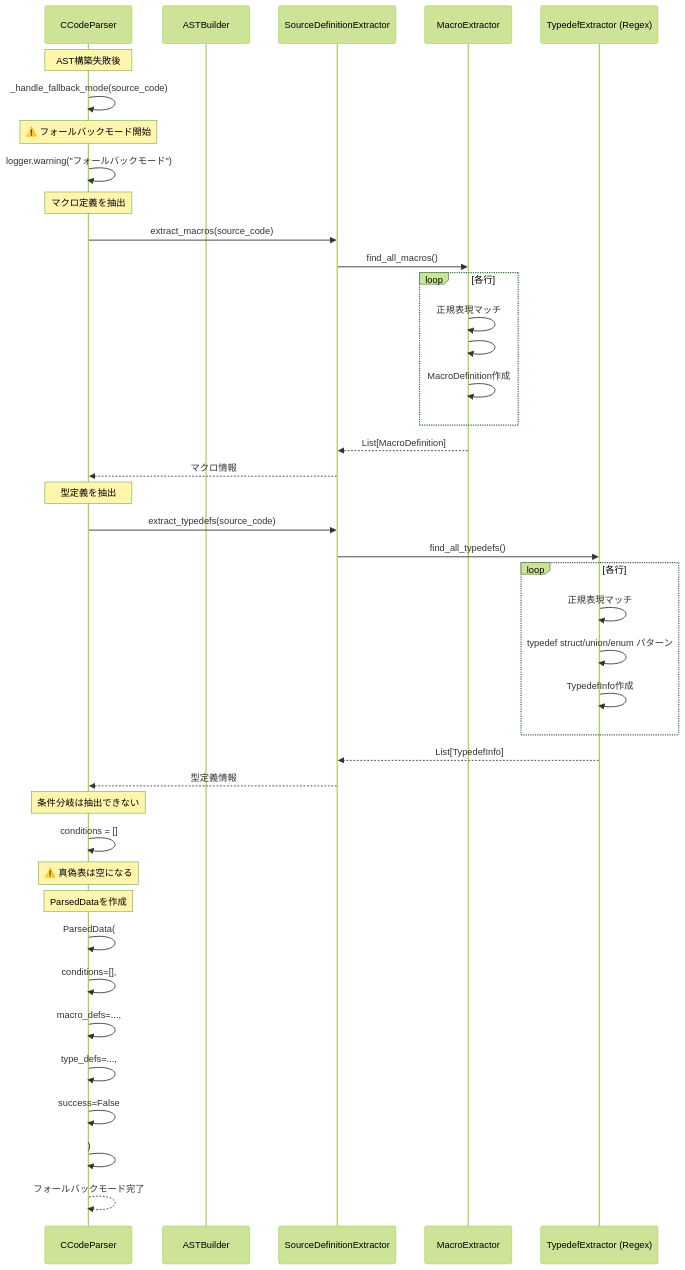
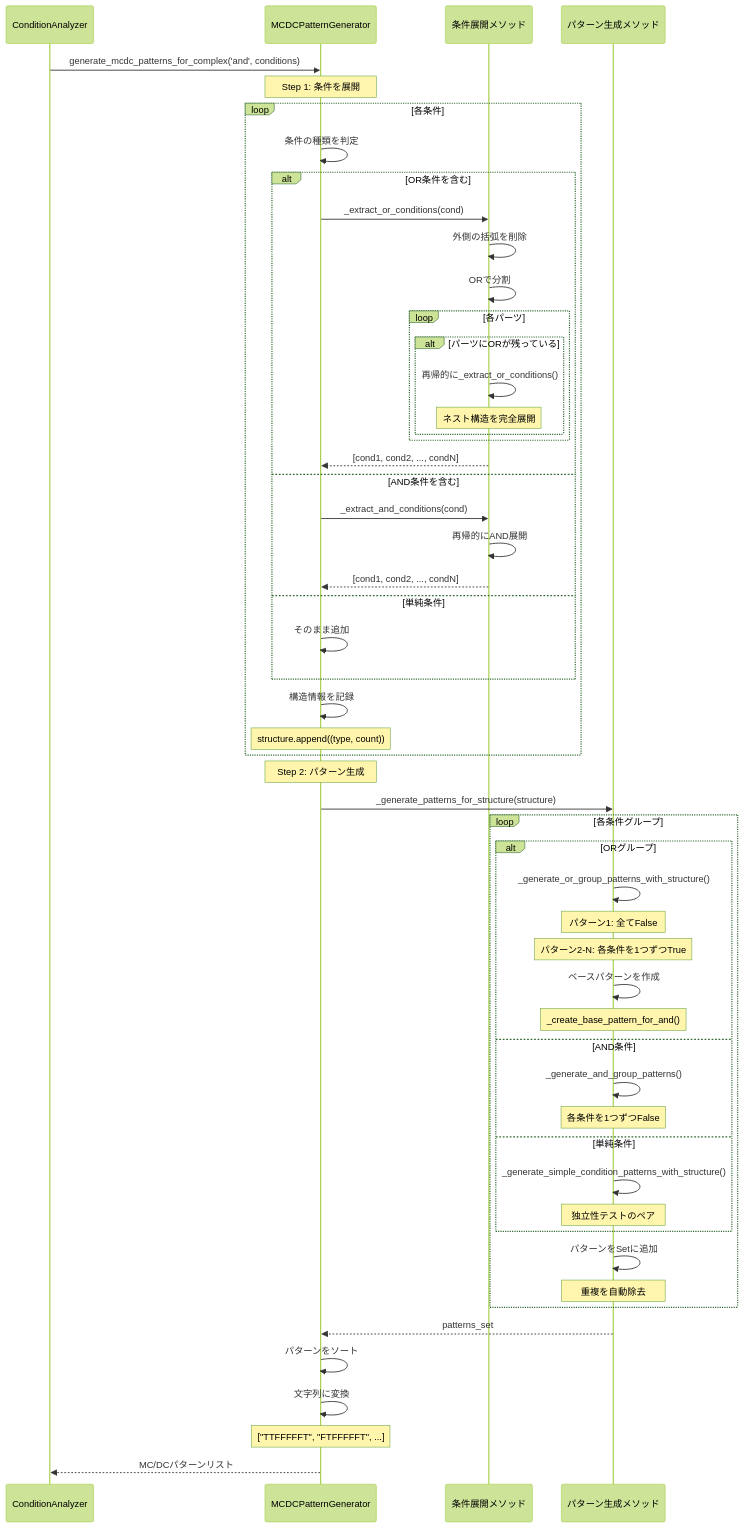
The fourth of 7 diagrams in doc/design_sequence_diagram.md (ryu5791/AutoUniTestGen), drawn with Mermaid (forest theme) before and after one commit. The commit also changed other lines of this file and 3 other files, not shown here.

````diff
--- a/doc/design_sequence_diagram.md
+++ b/doc/design_sequence_diagram.md
@@ -333,54 +190,72 @@
 ```mermaid
 sequenceDiagram
-    participant Parser as CCodeParser
-    participant ASTBuilder
-    participant SourceExt as SourceDefinitionExtractor
-    participant MacroExt as MacroExtractor
-    participant TypedefExt as TypedefExtractor (Regex)
+    participant Analyzer as ConditionAnalyzer
+    participant MCDC as MCDCPatternGenerator
+    participant Extractor as 条件展開メソッド
+    participant Generator as パターン生成メソッド
 
-    Note over Parser: AST構築失敗後
-    Parser->>Parser: _handle_fallback_mode(source_code)
+    Analyzer->>MCDC: generate_mcdc_patterns_for_complex('and', conditions)
     
-    Note over Parser: ⚠️ フォールバックモード開始
-    Parser->>Parser: logger.warning("フォールバックモード")
-    
-    Note over Parser: マクロ定義を抽出
-    Parser->>SourceExt: extract_macros(source_code)
-    SourceExt->>MacroExt: find_all_macros()
-    
-    loop 各行
-        MacroExt->>MacroExt: 正規表現マッチ
-        MacroExt->>MacroExt: #define パターン
-        MacroExt->>MacroExt: MacroDefinition作成
+    Note over MCDC: Step 1: 条件を展開
+    loop 各条件
+        MCDC->>MCDC: 条件の種類を判定
+        
+        alt OR条件を含む
+            MCDC->>Extractor: _extract_or_conditions(cond)
+            Extractor->>Extractor: 外側の括弧を削除
+            Extractor->>Extractor: ORで分割
+            
+            loop 各パーツ
+                alt パーツにORが残っている
+                    Extractor->>Extractor: 再帰的に_extract_or_conditions()
+                    Note over Extractor: ネスト構造を完全展開
+                end
+            end
+            
+            Extractor-->>MCDC: [cond1, cond2, ..., condN]
+        
+        else AND条件を含む
+            MCDC->>Extractor: _extract_and_conditions(cond)
+            Extractor->>Extractor: 再帰的にAND展開
+            Extractor-->>MCDC: [cond1, cond2, ..., condN]
+        
+        else 単純条件
+            MCDC->>MCDC: そのまま追加
+        end
+        
+        MCDC->>MCDC: 構造情報を記録
+        Note over MCDC: structure.append((type, count))
     end
     
-    MacroExt-->>SourceExt: List[MacroDefinition]
-    SourceExt-->>Parser: マクロ情報
+    Note over MCDC: Step 2: パターン生成
+    MCDC->>Generator: _generate_patterns_for_structure(structure)
     
-    Note over Parser: 型定義を抽出
-    Parser->>SourceExt: extract_typedefs(source_code)
-    SourceExt->>TypedefExt: find_all_typedefs()
-    
-    loop 各行
-        TypedefExt->>TypedefExt: 正規表現マッチ
-        TypedefExt->>TypedefExt: typedef struct/union/enum パターン
-        TypedefExt->>TypedefExt: TypedefInfo作成
+    loop 各条件グループ
+        alt ORグループ
+            Generator->>Generator: _generate_or_group_patterns_with_structure()
+            Note over Generator: パターン1: 全てFalse
+            Note over Generator: パターン2-N: 各条件を1つずつTrue
+            Generator->>Generator: ベースパターンを作成
+            Note over Generator: _create_base_pattern_for_and()
+        
+        else AND条件
+            Generator->>Generator: _generate_and_group_patterns()
+            Note over Generator: 各条件を1つずつFalse
+        
+        else 単純条件
+            Generator->>Generator: _generate_simple_condition_patterns_with_structure()
+            Note over Generator: 独立性テストのペア
+        end
+        
+        Generator->>Generator: パターンをSetに追加
+        Note over Generator: 重複を自動除去
     end
     
-    TypedefExt-->>SourceExt: List[TypedefInfo]
-    SourceExt-->>Parser: 型定義情報
+    Generator-->>MCDC: patterns_set
     
-    Note over Parser: 条件分岐は抽出できない
-    Parser->>Parser: conditions = []
-    Note over Parser: ⚠️ 真偽表は空になる
+    MCDC->>MCDC: パターンをソート
+    MCDC->>MCDC: 文字列に変換
+    Note over MCDC: ["TTFFFFFT", "FTFFFFFT", ...]
     
-    Note over Parser: ParsedDataを作成
-    Parser->>Parser: ParsedData(
-    Parser->>Parser:   conditions=[],
-    Parser->>Parser:   macro_defs=...,
-    Parser->>Parser:   type_defs=...,
-    Parser->>Parser:   success=False
-    Parser->>Parser: )
-    
-    Parser-->>Parser: フォールバックモード完了
+    MCDC-->>Analyzer: MC/DCパターンリスト
 ```
````
